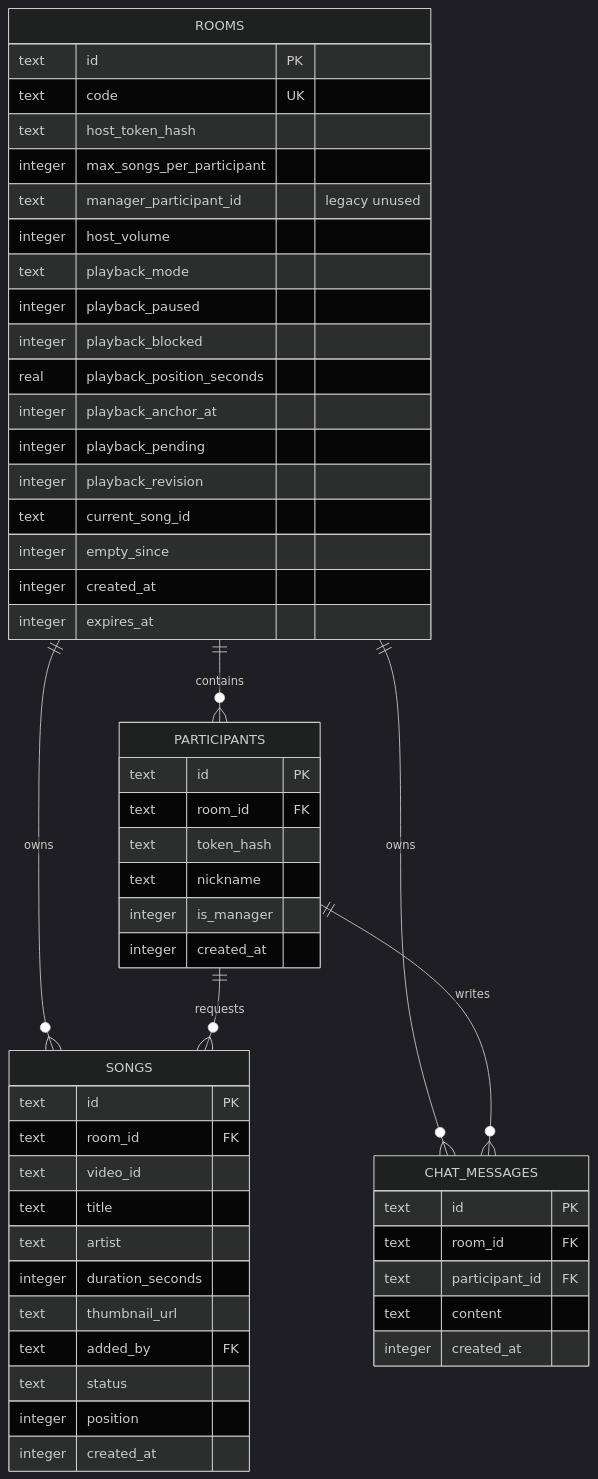
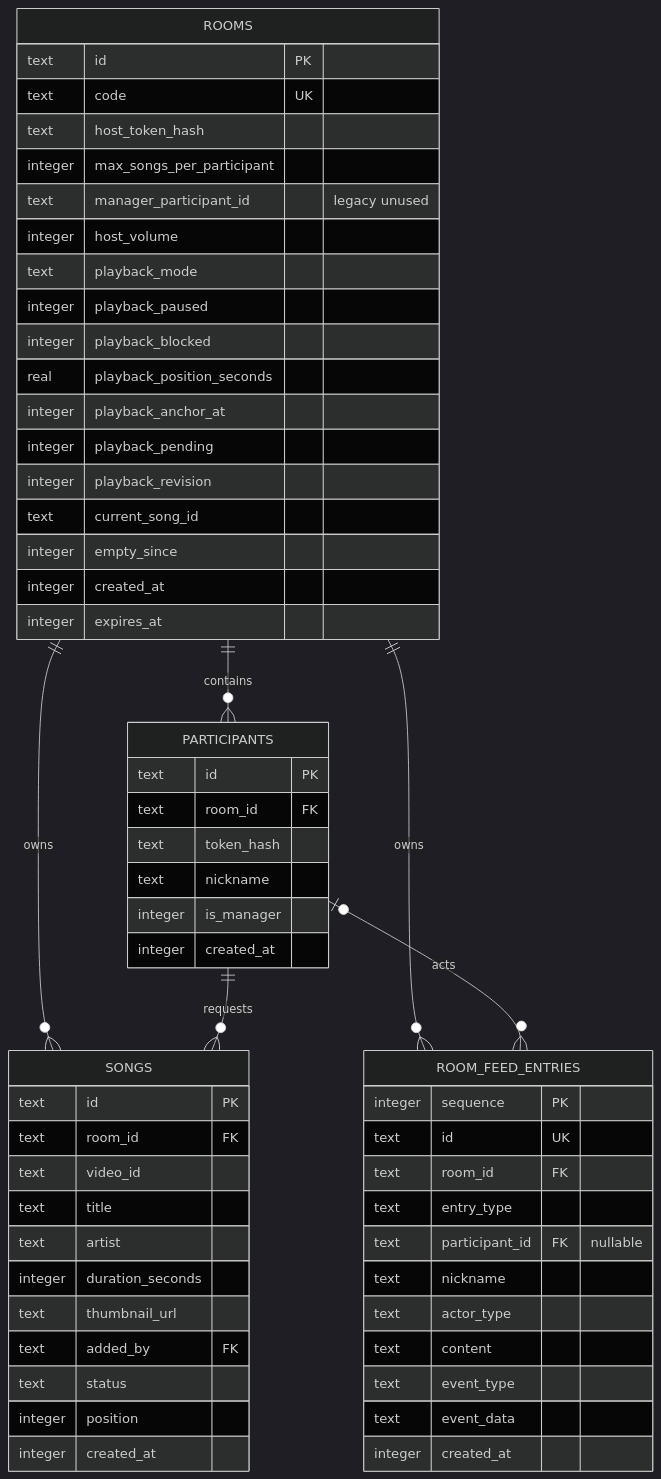
The first of 2 diagrams in docs/DATA_MODEL.md (whitekw/jukebox), drawn with Mermaid (dark theme) before and after one commit. The commit also changed other lines of this file and 16 other files, not shown here.

````diff
--- a/docs/DATA_MODEL.md
+++ b/docs/DATA_MODEL.md
@@ -7,59 +7,65 @@
 ```mermaid
 erDiagram
     ROOMS ||--o{ PARTICIPANTS : contains
     ROOMS ||--o{ SONGS : owns
-    ROOMS ||--o{ CHAT_MESSAGES : owns
+    ROOMS ||--o{ ROOM_FEED_ENTRIES : owns
     PARTICIPANTS ||--o{ SONGS : requests
-    PARTICIPANTS ||--o{ CHAT_MESSAGES : writes
+    PARTICIPANTS o|--o{ ROOM_FEED_ENTRIES : acts
 
     ROOMS {
         text id PK
         text code UK
         text host_token_hash
         integer max_songs_per_participant
         text manager_participant_id "legacy unused"
         integer host_volume
         text playback_mode
         integer playback_paused
         integer playback_blocked
         real playback_position_seconds
         integer playback_anchor_at
         integer playback_pending
         integer playback_revision
         text current_song_id
         integer empty_since
         integer created_at
         integer expires_at
     }
 
     PARTICIPANTS {
         text id PK
         text room_id FK
         text token_hash
         text nickname
         integer is_manager
         integer created_at
     }
 
     SONGS {
         text id PK
         text room_id FK
         text video_id
         text title
         text artist
         integer duration_seconds
         text thumbnail_url
         text added_by FK
         text status
         integer position
         integer created_at
     }
 
-    CHAT_MESSAGES {
-        text id PK
+    ROOM_FEED_ENTRIES {
+        integer sequence PK
+        text id UK
         text room_id FK
-        text participant_id FK
+        text entry_type
+        text participant_id FK "nullable"
+        text nickname
+        text actor_type
         text content
+        text event_type
+        text event_data
         integer created_at
     }
 ```
````
